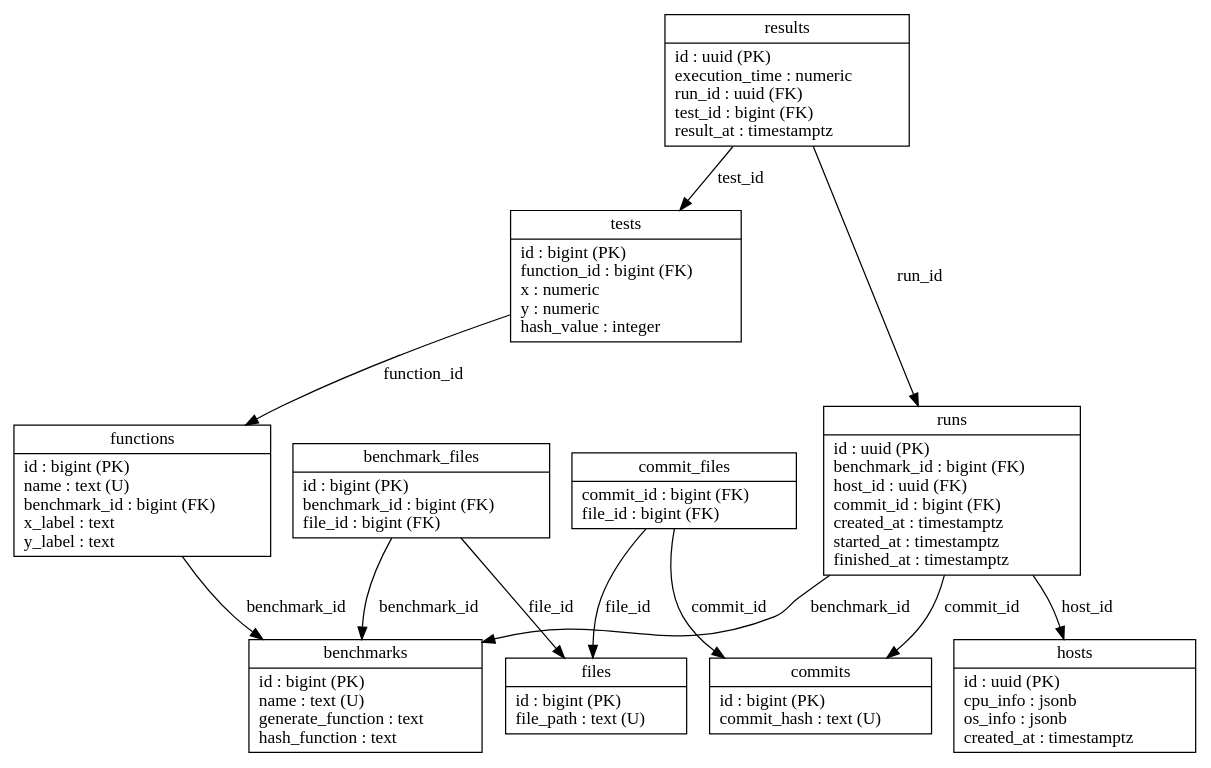
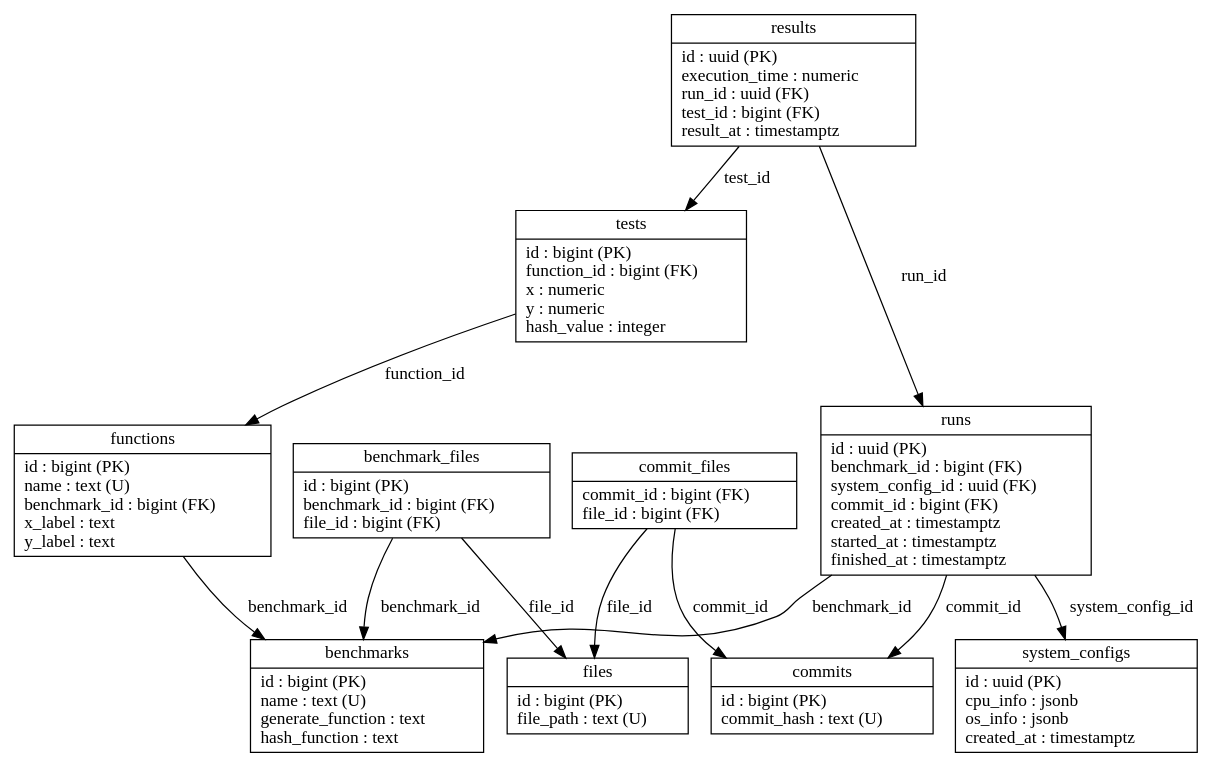
Before and after one commit to joelonsql/pg-catbench: the diagram in docs/data-model.dot, drawn with Graphviz. The commit also changed 8 other files, not shown here.

First line of the commit message:
Rename `hosts` to `system_configs` for clarity.

```diff
--- a/docs/data-model.dot
+++ b/docs/data-model.dot
@@ -1,27 +1,27 @@
 digraph pg_catbench {
     node [shape=record];
 
     benchmarks [label="{benchmarks|id : bigint (PK)\lname : text (U)\lgenerate_function : text\lhash_function : text\l}"];
     benchmark_files [label="{benchmark_files|id : bigint (PK)\lbenchmark_id : bigint (FK)\lfile_id : bigint (FK)\l}"];
     functions [label="{functions|id : bigint (PK)\lname : text (U)\lbenchmark_id : bigint (FK)\lx_label : text\ly_label : text\l}"];
-    hosts [label="{hosts|id : uuid (PK)\lcpu_info : jsonb\los_info : jsonb\lcreated_at : timestamptz\l}"];
+    system_configs [label="{system_configs|id : uuid (PK)\lcpu_info : jsonb\los_info : jsonb\lcreated_at : timestamptz\l}"];
     results [label="{results|id : uuid (PK)\lexecution_time : numeric\lrun_id : uuid (FK)\ltest_id : bigint (FK)\lresult_at : timestamptz\l}"];
-    runs [label="{runs|id : uuid (PK)\lbenchmark_id : bigint (FK)\lhost_id : uuid (FK)\lcommit_id : bigint (FK)\lcreated_at : timestamptz\lstarted_at : timestamptz\lfinished_at : timestamptz\l}"];
+    runs [label="{runs|id : uuid (PK)\lbenchmark_id : bigint (FK)\lsystem_config_id : uuid (FK)\lcommit_id : bigint (FK)\lcreated_at : timestamptz\lstarted_at : timestamptz\lfinished_at : timestamptz\l}"];
     tests [label="{tests|id : bigint (PK)\lfunction_id : bigint (FK)\lx : numeric\ly : numeric\lhash_value : integer\l}"];
     commits [label="{commits|id : bigint (PK)\lcommit_hash : text (U)\l}"];
     files [label="{files|id : bigint (PK)\lfile_path : text (U)\l}"];
     commit_files [label="{commit_files|commit_id : bigint (FK)\lfile_id : bigint (FK)\l}"];
 
     // Relationships
     benchmark_files -> benchmarks [label="benchmark_id"];
     benchmark_files -> files [label="file_id"];
     functions -> benchmarks [label="benchmark_id"];
     results -> runs [label="run_id"];
     results -> tests [label="test_id"];
     runs -> benchmarks [label="benchmark_id"];
-    runs -> hosts [label="host_id"];
+    runs -> system_configs [label="system_config_id"];
     runs -> commits [label="commit_id"];
     tests -> functions [label="function_id"];
     commit_files -> commits [label="commit_id"];
     commit_files -> files [label="file_id"];
 }
```
